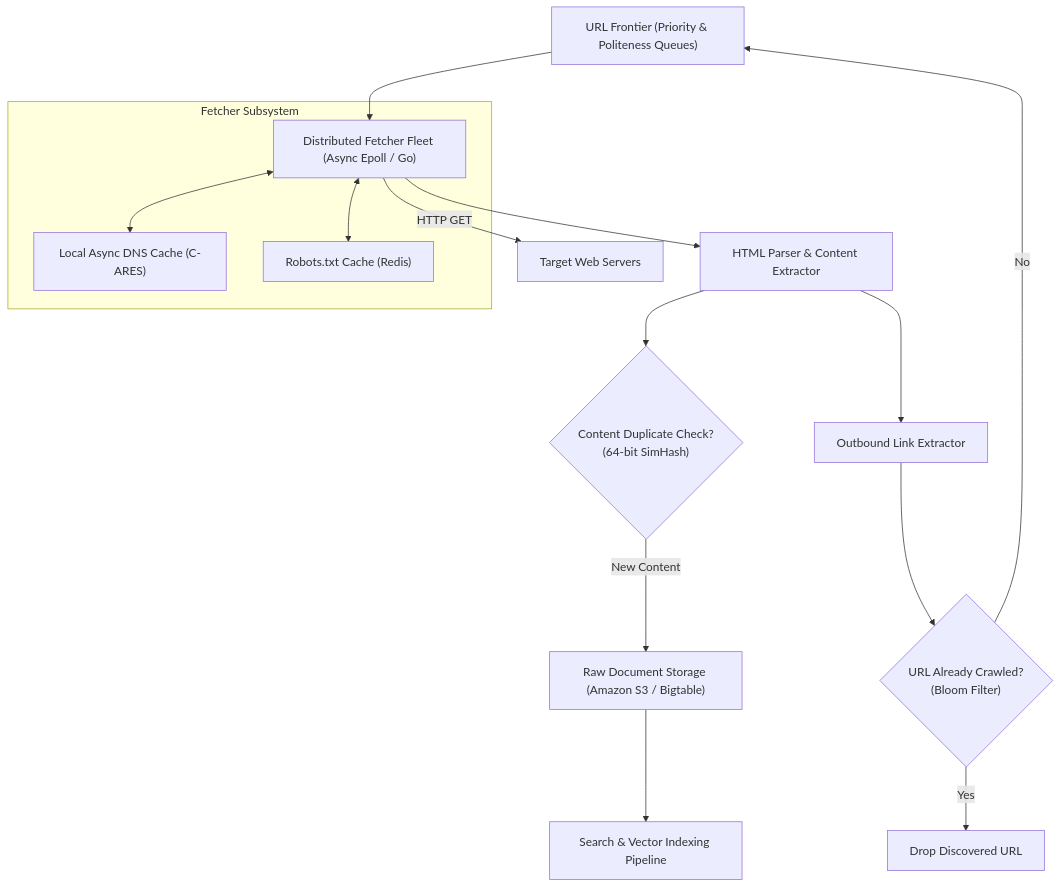
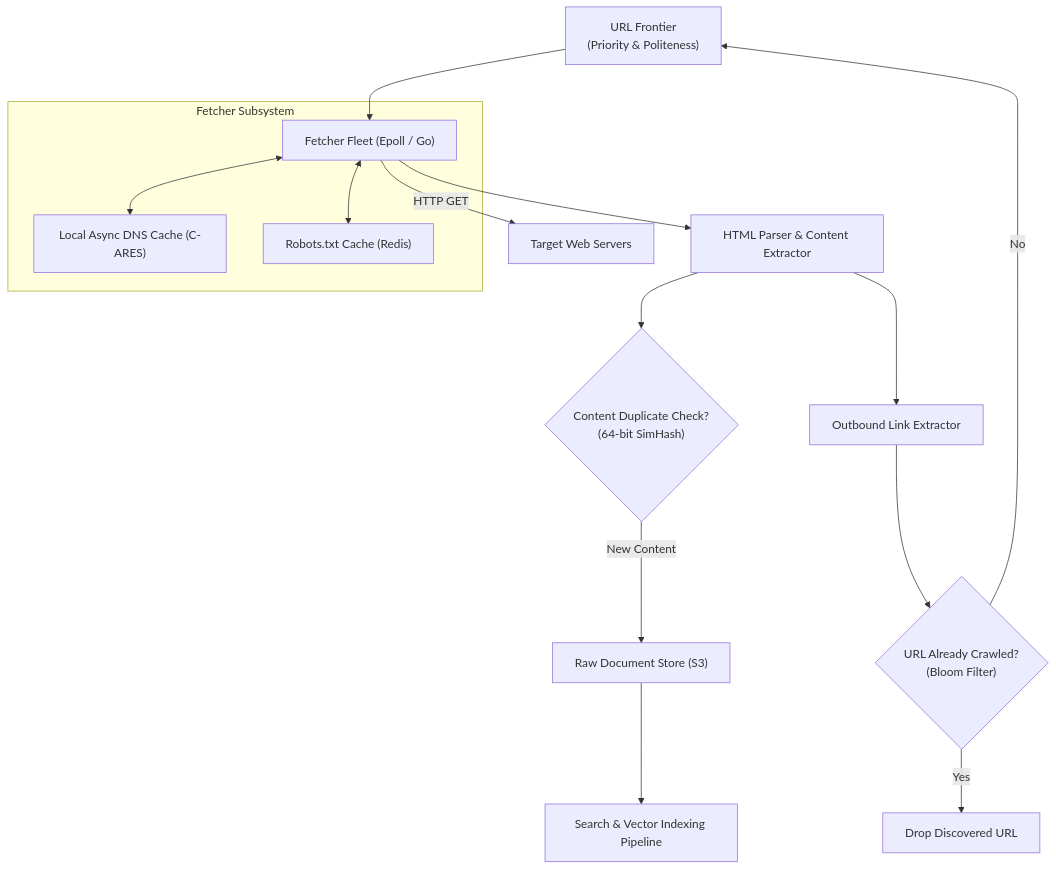
The diagram in strivers-hld/17-Interview-Problems-Core-Systems/04-Distributed-Web-Crawler/README.md (Sourav108/strivers-lld), drawn with Mermaid before and after one commit. The commit also changed 39 other files, not shown here.

Commit message:
fix(mermaid): wrap node labels, simplify diamonds, and reformat wide diagrams for perfect GitHub rendering

````diff
--- a/strivers-hld/17-Interview-Problems-Core-Systems/04-Distributed-Web-Crawler/README.md
+++ b/strivers-hld/17-Interview-Problems-Core-Systems/04-Distributed-Web-Crawler/README.md
@@ -5,23 +5,23 @@
 ```mermaid
 flowchart TD
-    Frontier["URL Frontier (Priority & Politeness Queues)"] --> FetcherFleet["Distributed Fetcher Fleet (Async Epoll / Go)"]
+    Frontier["URL Frontier<br/>(Priority & Politeness)"] --> FetcherFleet["Fetcher Fleet (Epoll / Go)"]
     
     subgraph FetcherInternal["Fetcher Subsystem"]
         DNS["Local Async DNS Cache (C-ARES)"]
         Robots["Robots.txt Cache (Redis)"]
         FetcherFleet <--> DNS
         FetcherFleet <--> Robots
     end
 
     FetcherFleet -->|HTTP GET| Internet["Target Web Servers"]
     FetcherFleet --> Parser["HTML Parser & Content Extractor"]
     
     Parser --> SimHashCheck{"Content Duplicate Check?<br/>(64-bit SimHash)"}
-    SimHashCheck -->|New Content| S3Storage["Raw Document Storage (Amazon S3 / Bigtable)"]
+    SimHashCheck -->|New Content| S3Storage["Raw Document Store (S3)"]
     S3Storage --> Indexer["Search & Vector Indexing Pipeline"]
 
     Parser --> LinkExtractor["Outbound Link Extractor"]
     LinkExtractor --> BloomCheck{"URL Already Crawled?<br/>(Bloom Filter)"}
     BloomCheck -->|No| Frontier
     BloomCheck -->|Yes| Discard["Drop Discovered URL"]
 ```
````
